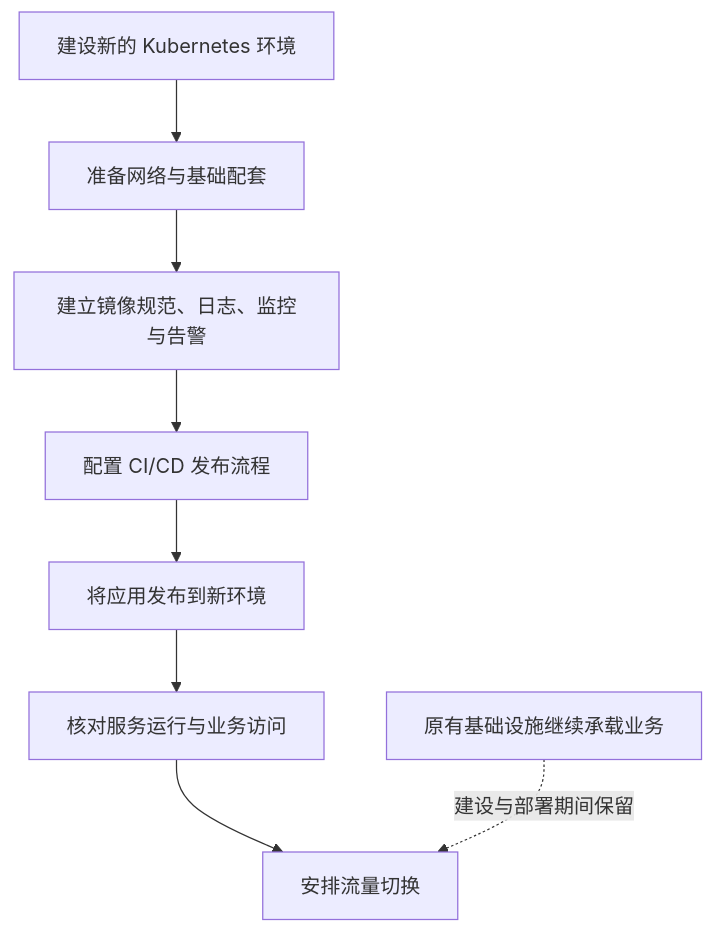
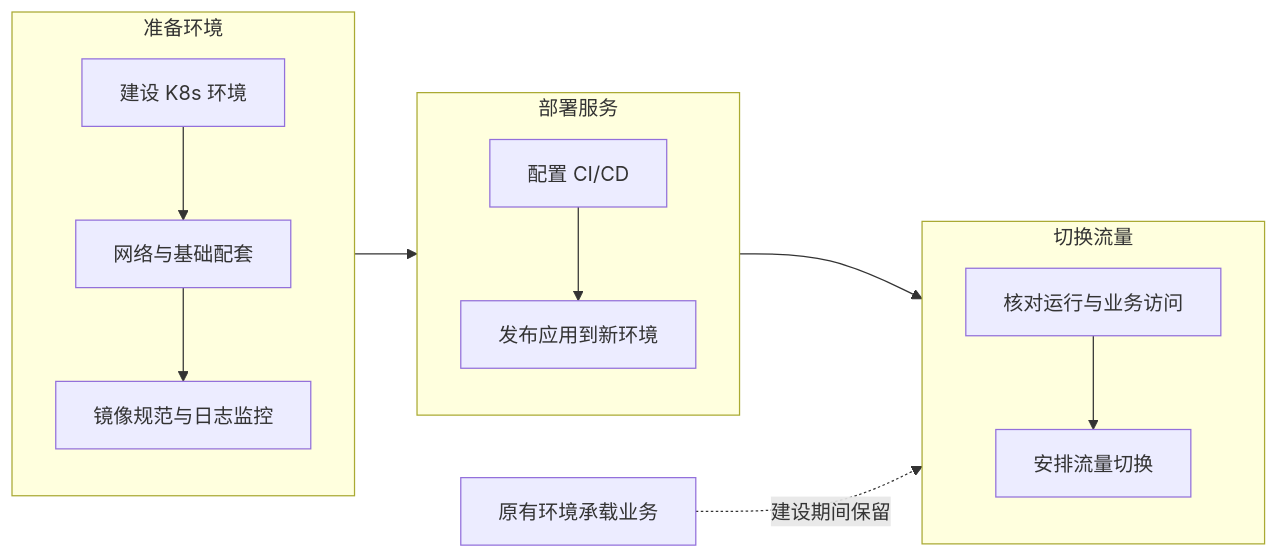
Before and after one commit to cytlabs/personal-site: the first of 3 diagrams in content/cases/kubernetes-platform.md, drawn with Mermaid. The commit also changed other lines of this file and 17 other files, not shown here.

Commit message:
统一图表排版与主题并支持大图查看

````diff
--- a/content/cases/kubernetes-platform.md
+++ b/content/cases/kubernetes-platform.md
@@ -19,10 +19,17 @@
 ```mermaid
-flowchart TD
-    A["建设新的 Kubernetes 环境"] --> B["准备网络与基础配套"]
-    B --> C["建立镜像规范、日志、监控与告警"]
-    C --> D["配置 CI/CD 发布流程"]
-    D --> E["将应用发布到新环境"]
-    E --> F["核对服务运行与业务访问"]
-    F --> G["安排流量切换"]
-    O["原有基础设施继续承载业务"] -.->|建设与部署期间保留| G
+flowchart LR
+    subgraph ENV["准备环境"]
+        direction TB
+        A["建设 K8s 环境"] --> B["网络与基础配套"] --> C["镜像规范与日志监控"]
+    end
+    subgraph DEPLOY["部署服务"]
+        direction TB
+        D["配置 CI/CD"] --> E["发布应用到新环境"]
+    end
+    subgraph SWITCH["切换流量"]
+        direction TB
+        F["核对运行与业务访问"] --> G["安排流量切换"]
+    end
+    ENV --> DEPLOY --> SWITCH
+    O["原有环境承载业务"] -.->|建设期间保留| SWITCH
 ```
````
